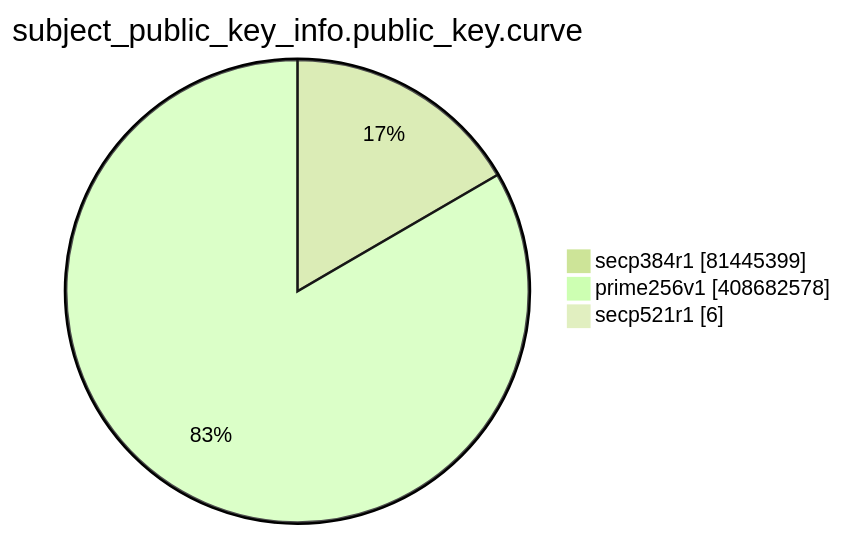
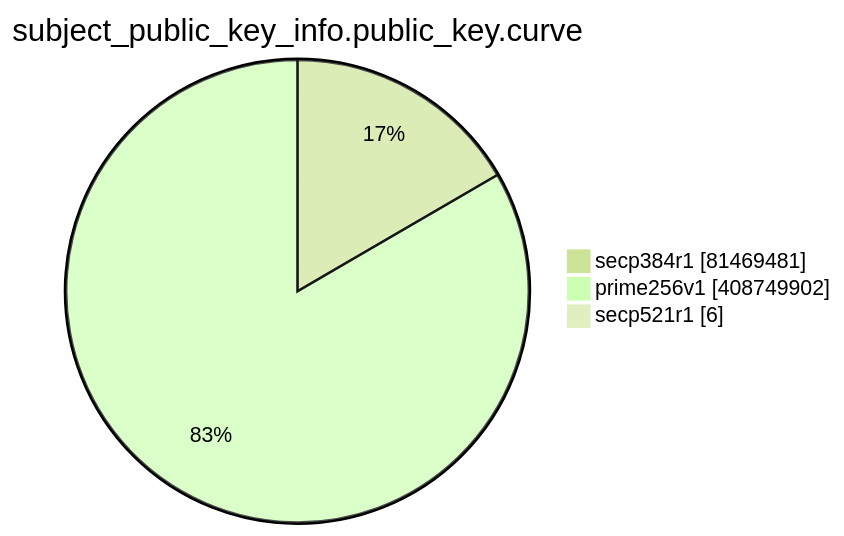
The eighth of 15 diagrams in TOTAL/README.md (christiankrug/ctmonitor_visualization), drawn with Mermaid (forest theme) before and after one commit. The commit also changed other lines of this file, not shown here.

````diff
--- a/TOTAL/README.md
+++ b/TOTAL/README.md
@@ -3096,7 +3096,7 @@
 ```mermaid
 pie showData
 title subject_public_key_info.public_key.curve
-"secp384r1" :81445399
-"prime256v1" :408682578
+"secp384r1" :81469481
+"prime256v1" :408749902
 "secp521r1" :6
 ```
````
